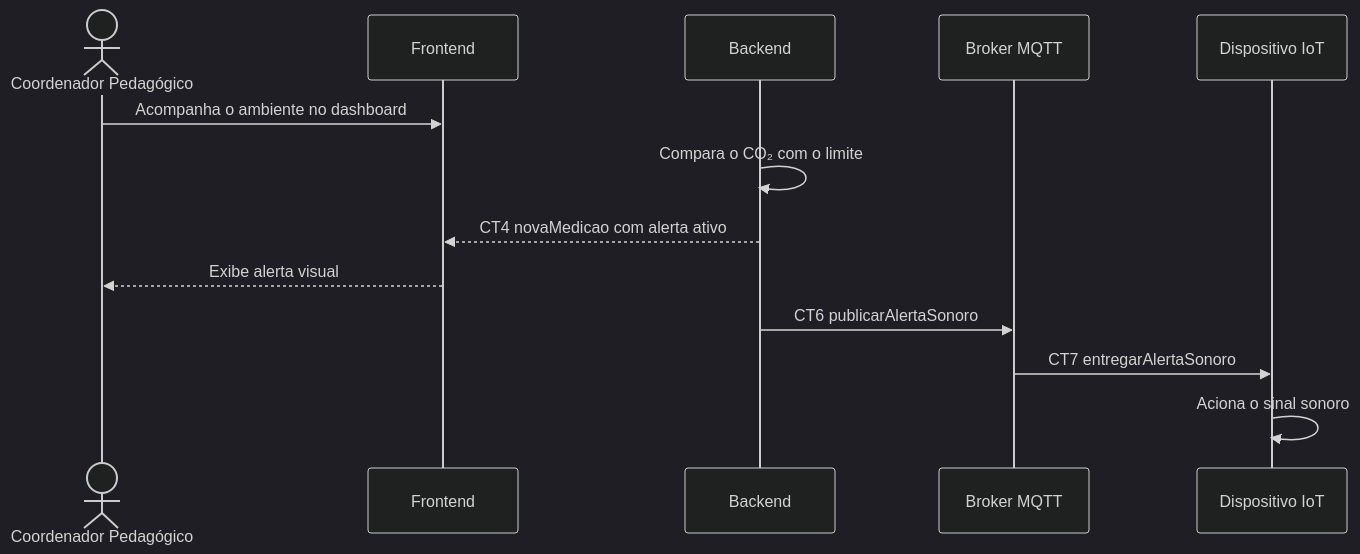
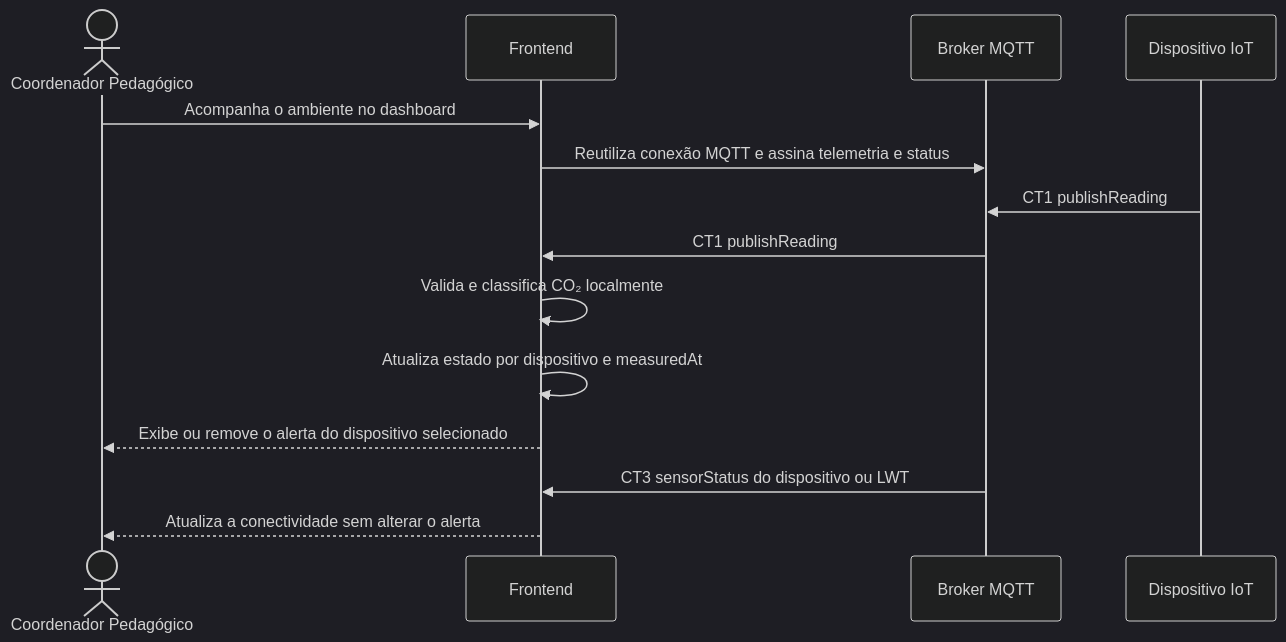
The first of 2 diagrams in docs/fluxos/E5-mecanismos-de-alerta.md (VitorBergantin/pi4-0102-g9), drawn with Mermaid (dark theme) before and after one commit. The commit also changed other lines of this file and 6 other files, not shown here.

````diff
--- a/docs/fluxos/E5-mecanismos-de-alerta.md
+++ b/docs/fluxos/E5-mecanismos-de-alerta.md
@@ -17,15 +17,16 @@
 ```mermaid
 sequenceDiagram
     actor Coordenador as Coordenador Pedagógico
     participant Frontend
-    participant Backend
     participant Broker as Broker MQTT
     participant IoT as Dispositivo IoT
     Coordenador->>Frontend: Acompanha o ambiente no dashboard
-    Backend->>Backend: Compara o CO₂ com o limite
-    Backend-->>Frontend: CT4 novaMedicao com alerta ativo
-    Frontend-->>Coordenador: Exibe alerta visual
-    Backend->>Broker: CT6 publicarAlertaSonoro
-    Broker->>IoT: CT7 entregarAlertaSonoro
-    IoT->>IoT: Aciona o sinal sonoro
+    Frontend->>Broker: Reutiliza conexão MQTT e assina telemetria e status
+    IoT->>Broker: CT1 publishReading
+    Broker->>Frontend: CT1 publishReading
+    Frontend->>Frontend: Valida e classifica CO₂ localmente
+    Frontend->>Frontend: Atualiza estado por dispositivo e measuredAt
+    Frontend-->>Coordenador: Exibe ou remove o alerta do dispositivo selecionado
+    Broker->>Frontend: CT3 sensorStatus do dispositivo ou LWT
+    Frontend-->>Coordenador: Atualiza a conectividade sem alterar o alerta
 ```
````
